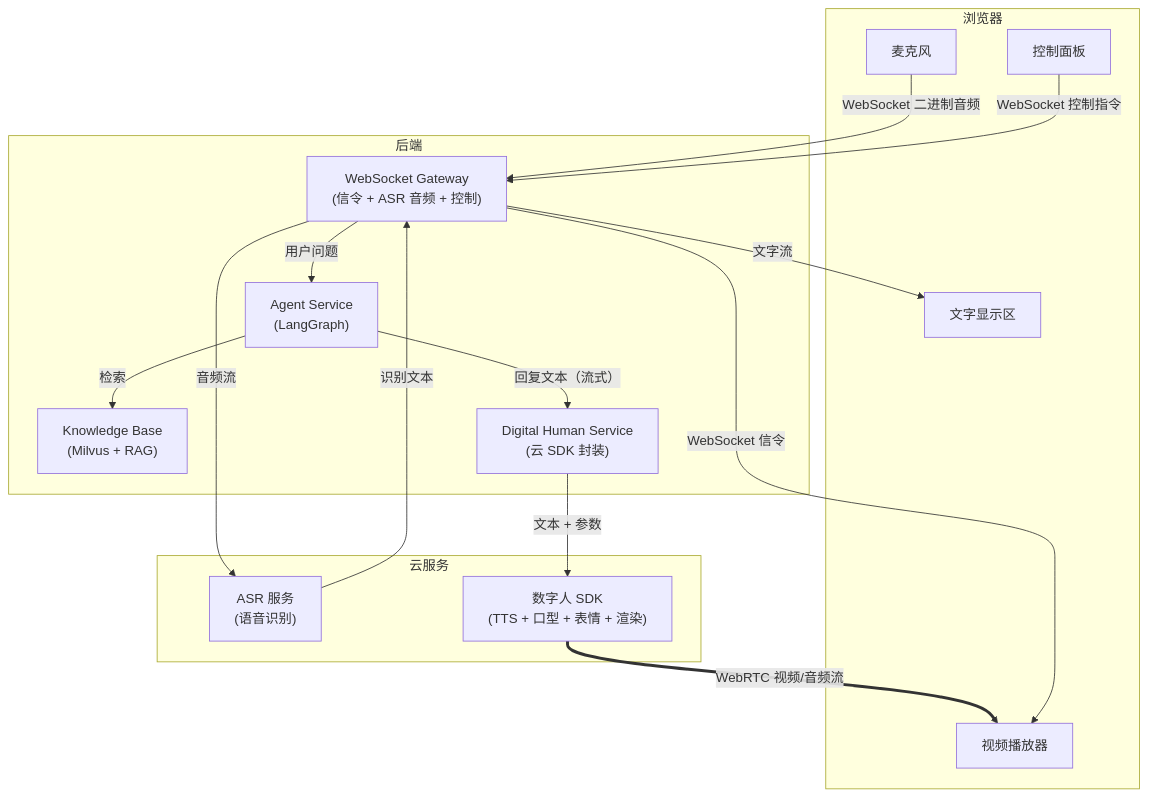
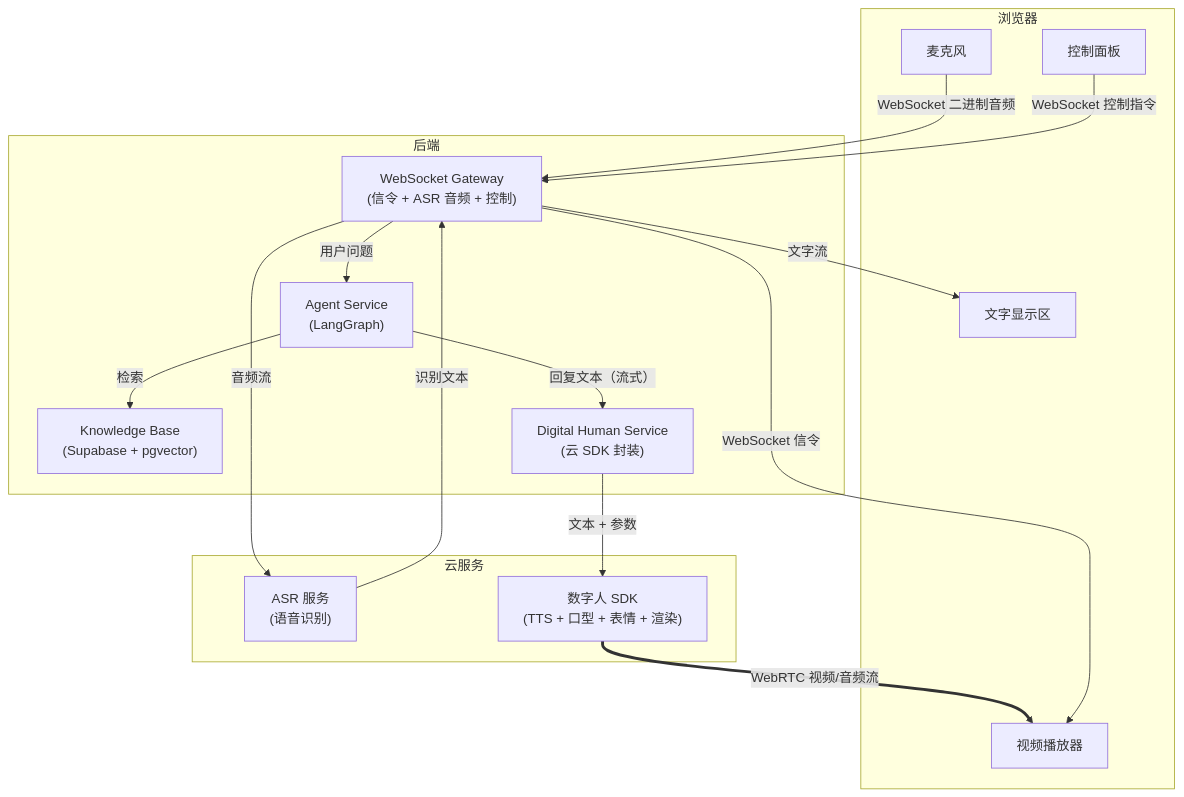
The first of 5 diagrams in docs/数字人-Agent-技术方案.md (iceberg211/ai-agent-course-code), drawn with Mermaid before and after one commit. The commit also changed other lines of this file and 71 other files, not shown here.

````diff
--- a/docs/数字人-Agent-技术方案.md
+++ b/docs/数字人-Agent-技术方案.md
@@ -39,33 +39,33 @@
 ```mermaid
 flowchart TB
     subgraph 浏览器
         MIC["麦克风"]
         VID["视频播放器"]
         TXT["文字显示区"]
         CTL["控制面板"]
     end
 
     subgraph 后端
         GW["WebSocket Gateway\n(信令 + ASR 音频 + 控制)"]
         AS["Agent Service\n(LangGraph)"]
-        KB["Knowledge Base\n(Milvus + RAG)"]
+        KB["Knowledge Base\n(Supabase + pgvector)"]
         DH["Digital Human Service\n(云 SDK 封装)"]
     end
 
     subgraph 云服务
         ASR["ASR 服务\n(语音识别)"]
         DHSDK["数字人 SDK\n(TTS + 口型 + 表情 + 渲染)"]
     end
 
     MIC -->|WebSocket 二进制音频| GW
     GW -->|音频流| ASR
     ASR -->|识别文本| GW
     GW -->|用户问题| AS
     AS -->|检索| KB
     AS -->|回复文本（流式）| DH
     DH -->|文本 + 参数| DHSDK
     DHSDK ==>|WebRTC 视频/音频流| VID
     GW -->|WebSocket 信令| VID
     GW -->|文字流| TXT
     CTL -->|WebSocket 控制指令| GW
 ```
````
